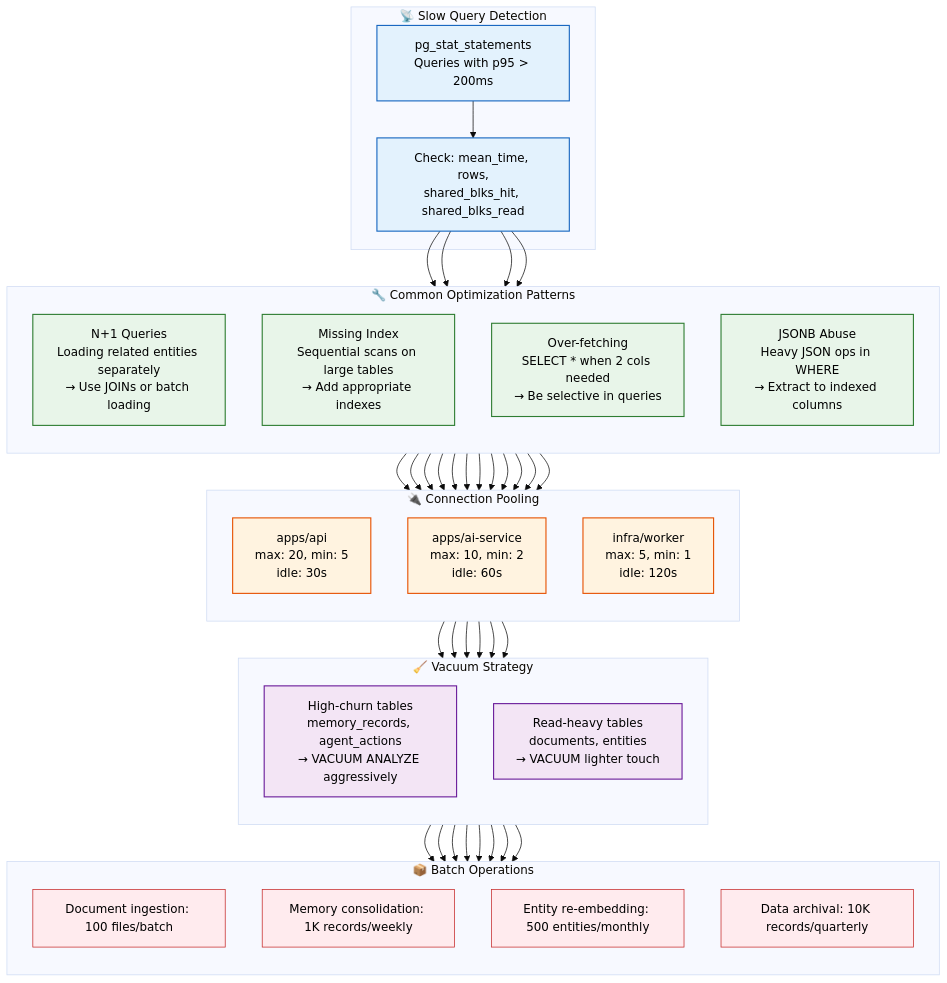
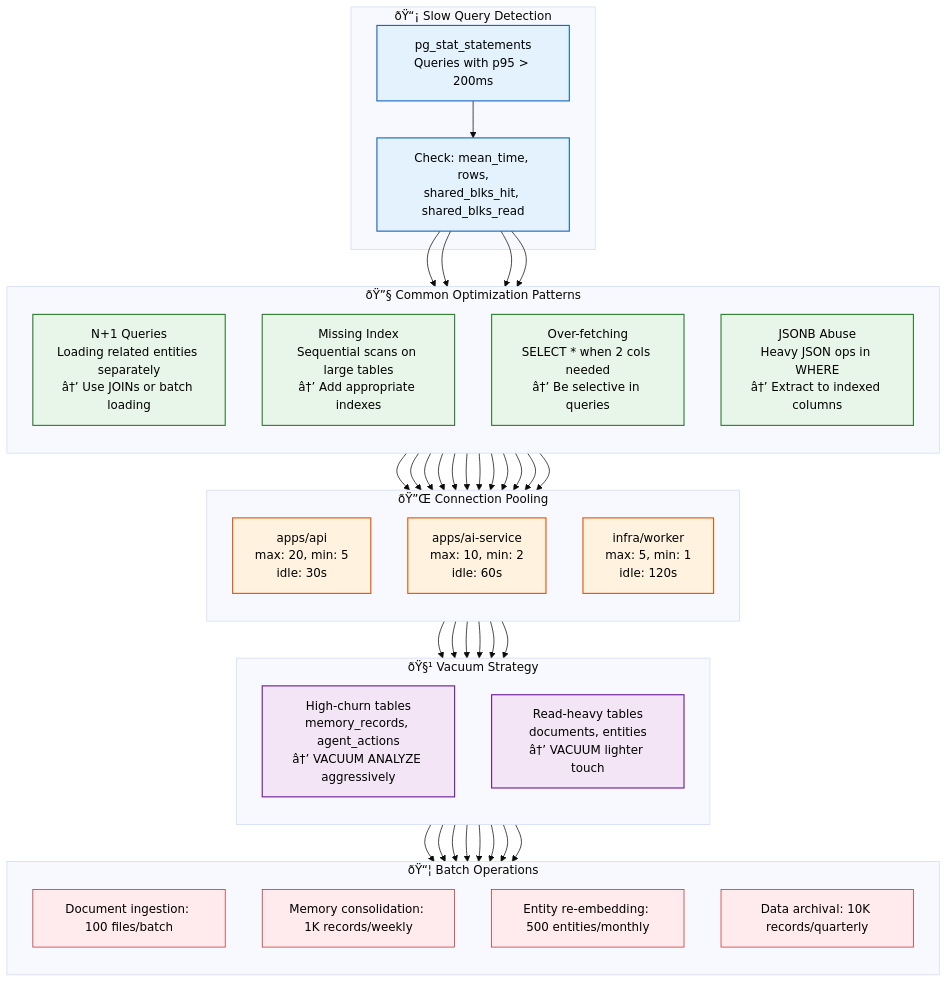
The first of 2 diagrams in Docs/Database/Optimization.md (Driftloom/Vaeloom), drawn with Mermaid (base theme) before and after one commit. The commit also changed other lines of this file and 249 other files, not shown here.

````diff
--- a/Docs/Database/Optimization.md
+++ b/Docs/Database/Optimization.md
@@ -40,55 +40,55 @@
 ```mermaid
 graph TD
     classDef detect fill:#e3f2fd,stroke:#1565c0,color:#000,stroke-width:1.5px
     classDef pattern fill:#e8f5e9,stroke:#2e7d32,color:#000,stroke-width:1.5px
     classDef pool fill:#fff3e0,stroke:#e65100,color:#000,stroke-width:1.5px
     classDef vacuum fill:#f3e5f5,stroke:#6a1b9a,color:#000,stroke-width:1.5px
     classDef batch fill:#ffebee,stroke:#c62828,color:#000,stroke-width:1px
 
-    subgraph Detection["📡 Slow Query Detection"]
+    subgraph Detection["ðŸ“¡ Slow Query Detection"]
         D1["pg_stat_statements<br/>Queries with p95 > 200ms"]
         D2["Check: mean_time, rows,<br/>shared_blks_hit, shared_blks_read"]
     end
 
-    subgraph Patterns["🔧 Common Optimization Patterns"]
+    subgraph Patterns["ðŸ”§ Common Optimization Patterns"]
         direction TB
-        P1["N+1 Queries<br/>Loading related entities separately<br/>→ Use JOINs or batch loading"]
-        P2["Missing Index<br/>Sequential scans on large tables<br/>→ Add appropriate indexes"]
-        P3["Over-fetching<br/>SELECT * when 2 cols needed<br/>→ Be selective in queries"]
-        P4["JSONB Abuse<br/>Heavy JSON ops in WHERE<br/>→ Extract to indexed columns"]
+        P1["N+1 Queries<br/>Loading related entities separately<br/>â†’ Use JOINs or batch loading"]
+        P2["Missing Index<br/>Sequential scans on large tables<br/>â†’ Add appropriate indexes"]
+        P3["Over-fetching<br/>SELECT * when 2 cols needed<br/>â†’ Be selective in queries"]
+        P4["JSONB Abuse<br/>Heavy JSON ops in WHERE<br/>â†’ Extract to indexed columns"]
     end
 
-    subgraph Pooling["🔌 Connection Pooling"]
+    subgraph Pooling["ðŸ”Œ Connection Pooling"]
         direction TB
         C1["apps/api<br/>max: 20, min: 5<br/>idle: 30s"]
         C2["apps/ai-service<br/>max: 10, min: 2<br/>idle: 60s"]
         C3["infra/worker<br/>max: 5, min: 1<br/>idle: 120s"]
     end
 
-    subgraph Vacuum["🧹 Vacuum Strategy"]
+    subgraph Vacuum["ðŸ§¹ Vacuum Strategy"]
         direction TB
-        V1["High-churn tables<br/>memory_records, agent_actions<br/>→ VACUUM ANALYZE aggressively"]
-        V2["Read-heavy tables<br/>documents, entities<br/>→ VACUUM lighter touch"]
+        V1["High-churn tables<br/>memory_records, agent_actions<br/>â†’ VACUUM ANALYZE aggressively"]
+        V2["Read-heavy tables<br/>documents, entities<br/>â†’ VACUUM lighter touch"]
     end
 
-    subgraph Batch["📦 Batch Operations"]
+    subgraph Batch["ðŸ“¦ Batch Operations"]
         direction TB
         B1["Document ingestion: 100 files/batch"]
         B2["Memory consolidation: 1K records/weekly"]
         B3["Entity re-embedding: 500 entities/monthly"]
         B4["Data archival: 10K records/quarterly"]
     end
 
     D1 --> D2
     D2 --> P1 & P2 & P3 & P4
     P1 & P2 & P3 & P4 --> C1 & C2 & C3
     C1 & C2 & C3 --> V1 & V2
     V1 & V2 --> B1 & B2 & B3 & B4
 
     class D1,D2 detect
     class P1,P2,P3,P4 pattern
     class C1,C2,C3 pool
     class V1,V2 vacuum
     class B1,B2,B3,B4 batch
 
 ```
````
